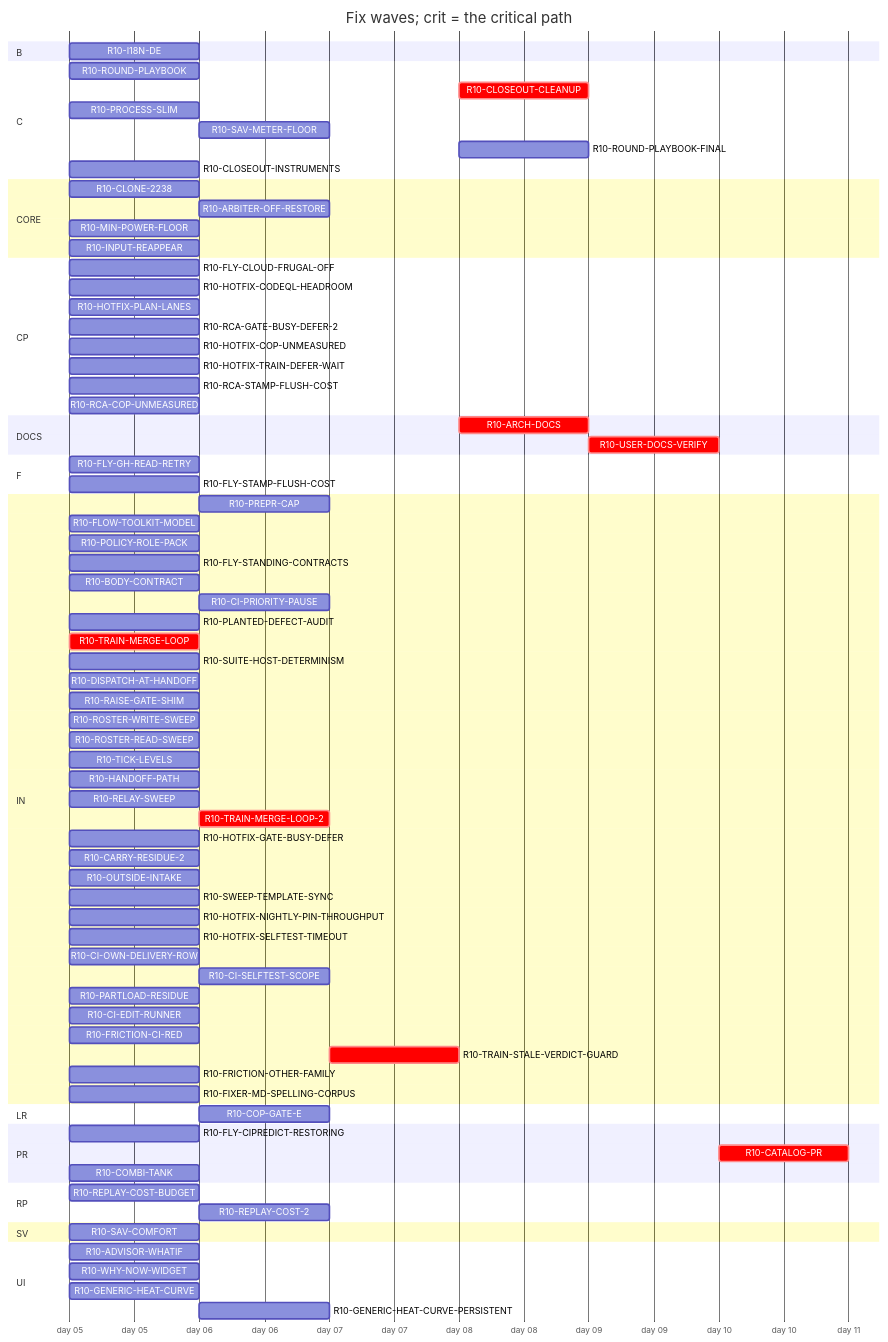
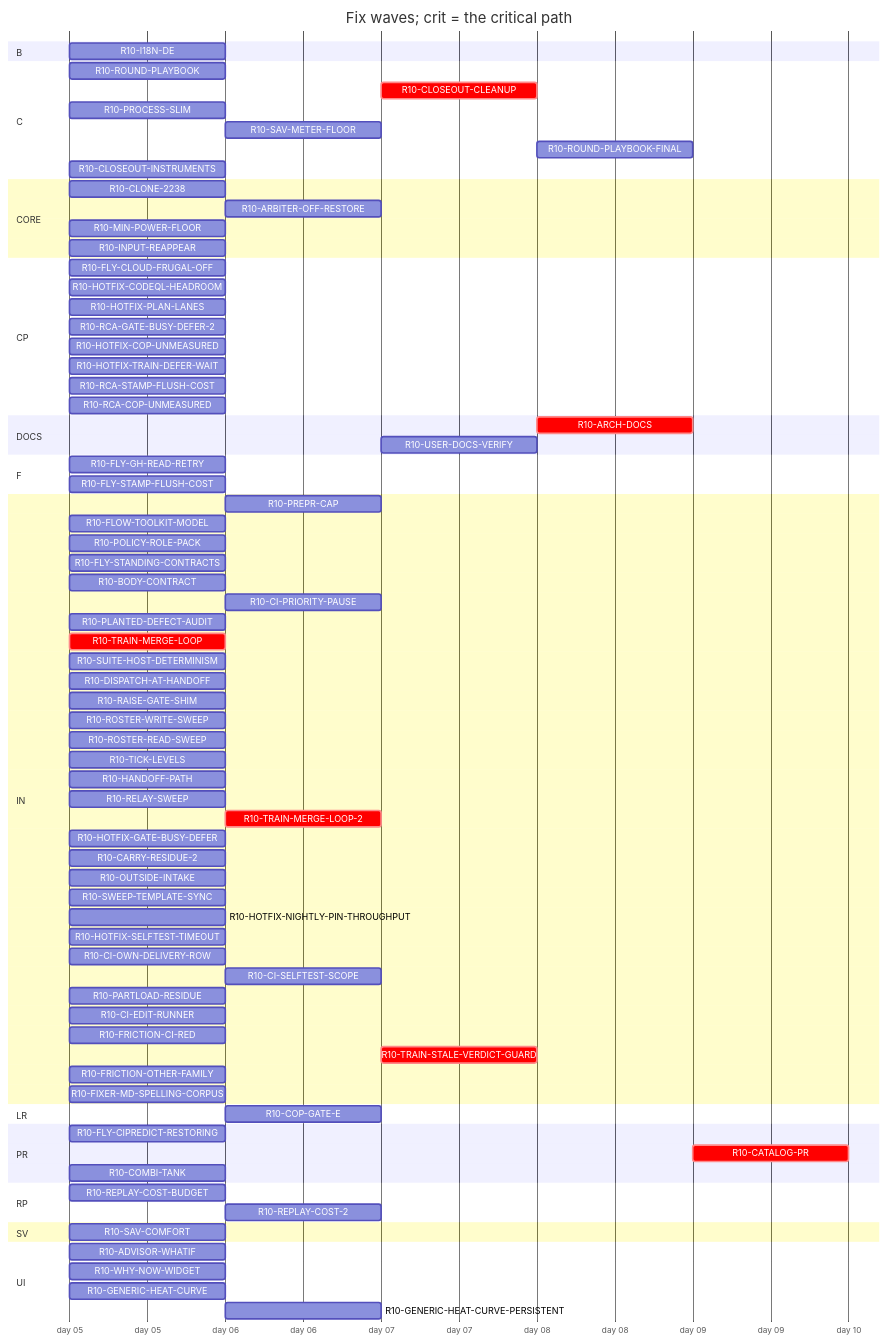
One commit to tvofi/heatpump_optimizer changed the diagram in handoff/round10/state/PLAN-TABLE.md. Above: the diagram before and after it, drawn with Mermaid. The commit also changed other lines of this file and 3 other files, not shown here.

Commit message:
state: FLOW-BOARD.md, NEXT-SESSION-PROMPT.md, PLAN-TABLE.md, PLAN.html, RESUME-CURRENT.md regenerated (state_docs.py)

```diff
--- a/handoff/round10/state/PLAN-TABLE.md
+++ b/handoff/round10/state/PLAN-TABLE.md
@@ -52,7 +52,7 @@
     R10-RCA-COP-UNMEASURED :r10RCACOPUNMEASURED, 2026-01-05, 1d
   section DOCS
     R10-ARCH-DOCS :crit, r10ARCHDOCS, after r10CLONE2238 r10SAVCOMFORT r10WHYNOWWIDGET r10ADVISORWHATIF r10REPLAYCOSTBUDGET r10PREPRCAP r10HANDOFFPATH r10RELAYSWEEP r10TRAINMERGELOOP r10DISPATCHATHANDOFF r10BODYCONTRACT r10TICKLEVELS r10CIPRIORITYPAUSE r10ROSTERWRITESWEEP r10ROSTERREADSWEEP r10FLYSTANDINGCONTRACTS r10POLICYROLEPACK r10FLOWTOOLKITMODEL r10FLYCIPREDICTRESTORING r10RAISEGATESHIM r10PLANTEDDEFECTAUDIT r10FLYGHREADRETRY r10SUITEHOSTDETERMINISM r10PROCESSSLIM r10SAVMETERFLOOR r10HOTFIXCOPUNMEASURED r10COPGATEE r10PARTLOADRESIDUE r10I18NDE r10GENERICHEATCURVE r10GENERICHEATCURVEPERSISTENT r10ARBITEROFFRESTORE r10TRAINMERGELOOP2 r10HOTFIXGATEBUSYDEFER r10CARRYRESIDUE2 r10REPLAYCOST2 r10HOTFIXCODEQLHEADROOM r10OUTSIDEINTAKE r10HOTFIXPLANLANES r10SWEEPTEMPLATESYNC r10HOTFIXNIGHTLYPINTHROUGHPUT r10HOTFIXSELFTESTTIMEOUT r10FLYSTAMPFLUSHCOST r10HOTFIXTRAINDEFERWAIT r10CIOWNDELIVERYROW r10CISELFTESTSCOPE r10CIEDITRUNNER r10TRAINSTALEVERDICTGUARD r10COMBITANK r10CLOSEOUTINSTRUMENTS r10MINPOWERFLOOR r10ROUNDPLAYBOOK r10RCAGATEBUSYDEFER2 r10FRICTIONCIRED r10FRICTIONOTHERFAMILY r10RCASTAMPFLUSHCOST r10RCACOPUNMEASURED r10INPUTREAPPEAR, 1d
-    R10-USER-DOCS-VERIFY :crit, r10USERDOCSVERIFY, after r10CLONE2238 r10SAVCOMFORT r10WHYNOWWIDGET r10ADVISORWHATIF r10SAVMETERFLOOR r10HOTFIXCOPUNMEASURED r10COPGATEE r10PARTLOADRESIDUE r10I18NDE r10GENERICHEATCURVE r10GENERICHEATCURVEPERSISTENT r10ARBITEROFFRESTORE r10COMBITANK r10MINPOWERFLOOR r10INPUTREAPPEAR r10ARCHDOCS, 1d
+    R10-USER-DOCS-VERIFY :r10USERDOCSVERIFY, after r10CLONE2238 r10SAVCOMFORT r10WHYNOWWIDGET r10ADVISORWHATIF r10SAVMETERFLOOR r10HOTFIXCOPUNMEASURED r10COPGATEE r10PARTLOADRESIDUE r10I18NDE r10GENERICHEATCURVE r10GENERICHEATCURVEPERSISTENT r10ARBITEROFFRESTORE r10COMBITANK r10MINPOWERFLOOR r10INPUTREAPPEAR, 1d
   section F
     R10-FLY-GH-READ-RETRY :r10FLYGHREADRETRY, 2026-01-05, 1d
     R10-FLY-STAMP-FLUSH-COST :r10FLYSTAMPFLUSHCOST, 2026-01-05, 1d
```
